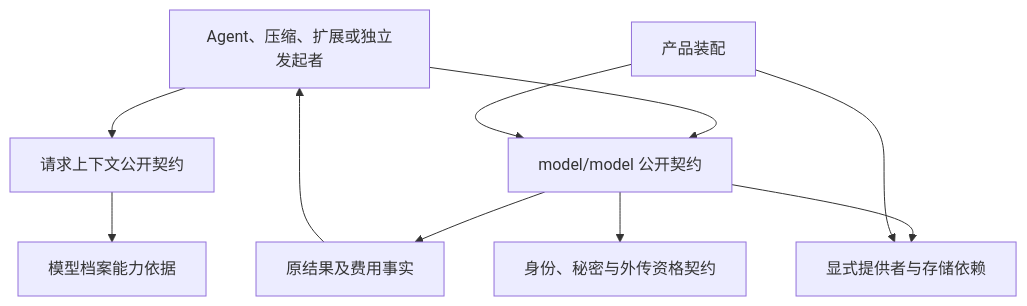
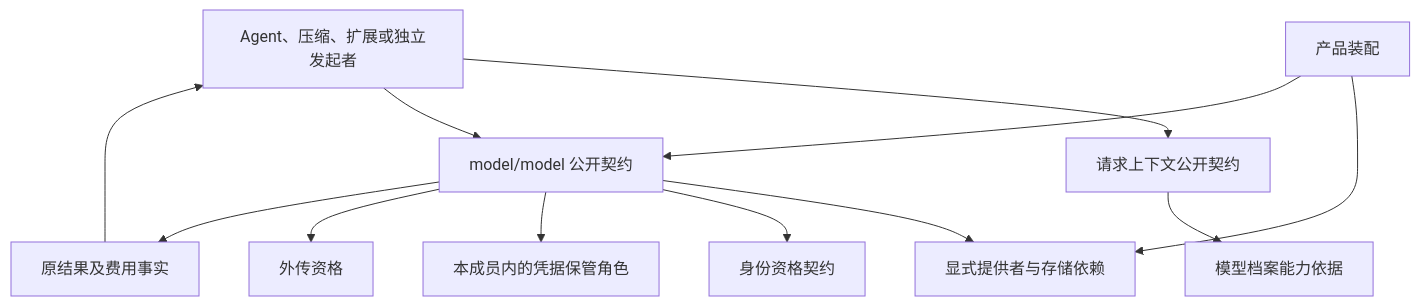
The diagram in packages/model/docs/architecture.md (nemori-ai/omne-harness-lite), drawn with Mermaid before and after one commit. The commit also changed other lines of this file and 13 other files, not shown here.

````diff
--- a/packages/model/docs/architecture.md
+++ b/packages/model/docs/architecture.md
@@ -7,12 +7,14 @@
 ```mermaid
 flowchart TD
   F[Agent、压缩、扩展或独立发起者] --> C[请求上下文公开契约]
   F --> M[model/model 公开契约]
   C --> P[模型档案能力依据]
   M --> A[显式提供者与存储依赖]
-  M --> I[身份、秘密与外传资格契约]
+  M --> Q[身份资格契约]
+  M --> K[本成员内的凭据保管角色]
+  M --> X[外传资格]
   M --> R[原结果及费用事实]
   R --> F
   Assembly[产品装配] --> A
   Assembly --> M
 ```
````
